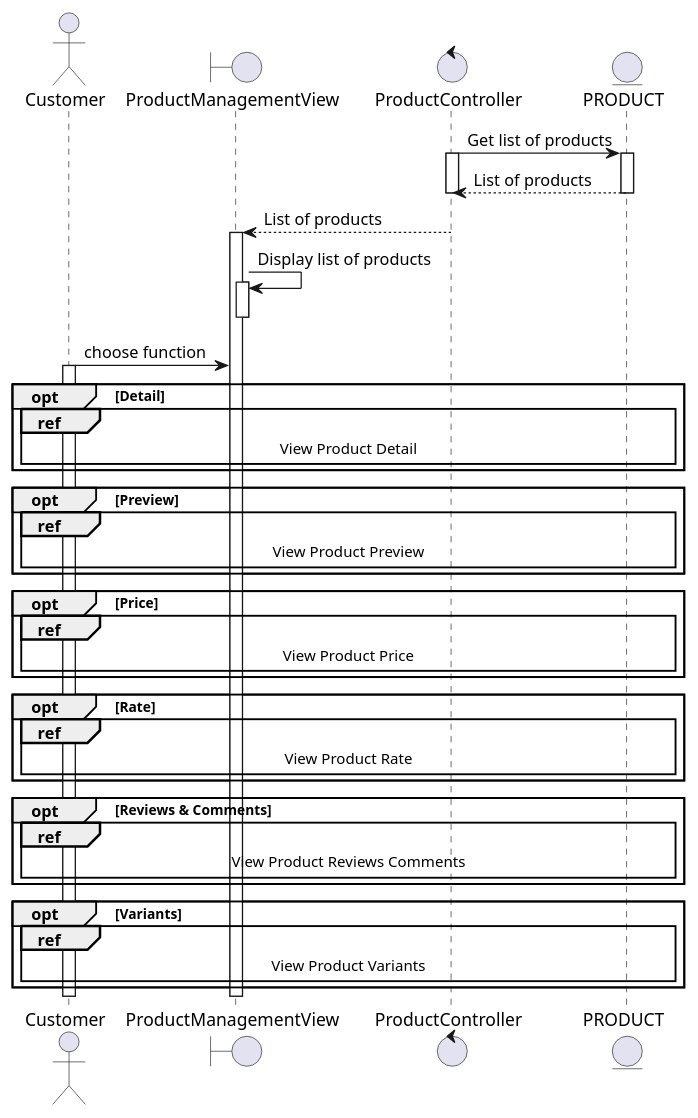
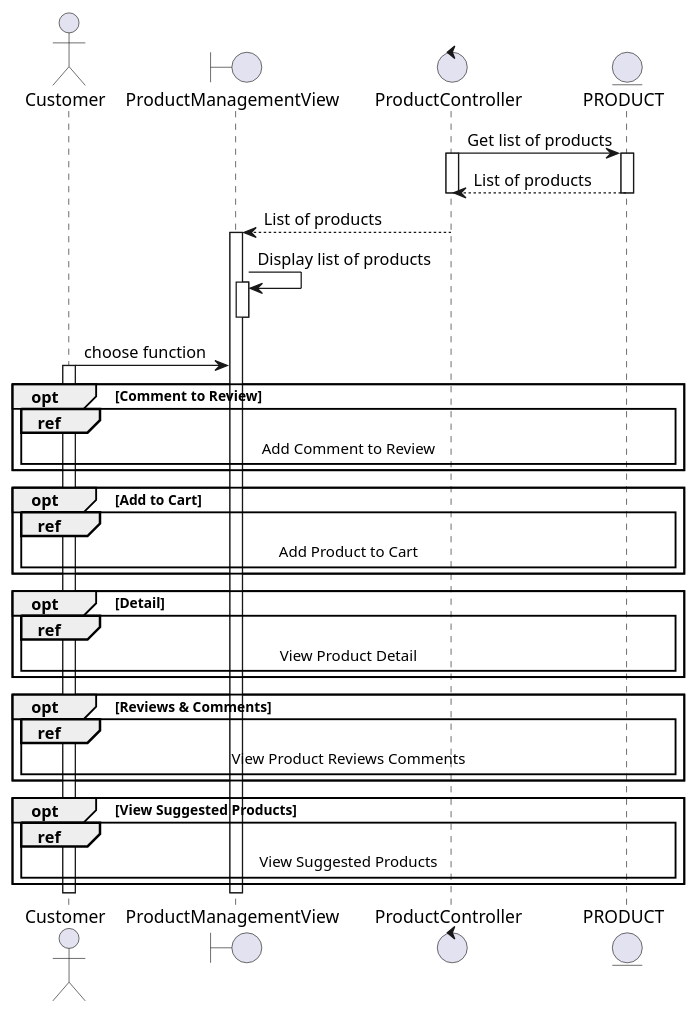
One commit to electricilies/electricilies.github.io changed the diagram in docs/docs/sequence/view-product/view-product.md. Above: the diagram before and after it, drawn with PlantUML. The commit also changed 1 other file, not shown here.

Commit message:
fix(view-product): those removed use cases

````diff
--- a/docs/docs/sequence/view-product/view-product.md
+++ b/docs/docs/sequence/view-product/view-product.md
@@ -3,51 +3,48 @@
 ```plantuml
 @startuml
 actor Customer as C
 boundary ProductManagementView as PMV
 control ProductController as PC
 entity PRODUCT as P
 
 PC -> P: Get list of products
 activate PC
 activate P
 PC <-- P: List of products
 deactivate P
 deactivate PC
 
 PMV <-- PC: List of products
 activate PMV
 PMV -> PMV: Display list of products
 activate PMV
 deactivate PMV
 
 C -> PMV: choose function
 activate C
 
+opt Comment to Review
+  ref over C, P : Add Comment to Review
+end
+
+opt Add to Cart
+  ref over C, P : Add Product to Cart
+end
+
 opt Detail
   ref over C, P : View Product Detail
-end
-
-opt Preview
-  ref over C, P : View Product Preview
-end
-
-opt Price
-  ref over C, P : View Product Price
-end
-
-opt Rate
-  ref over C, P : View Product Rate
 end
 
 opt Reviews & Comments
   ref over C, P : View Product Reviews Comments
 end
 
-opt Variants
-  ref over C, P : View Product Variants
+opt View Suggested Products
+  ref over C, P : View Suggested Products
 end
+
 deactivate PMV
 deactivate C
 
 @enduml
 ```
````
